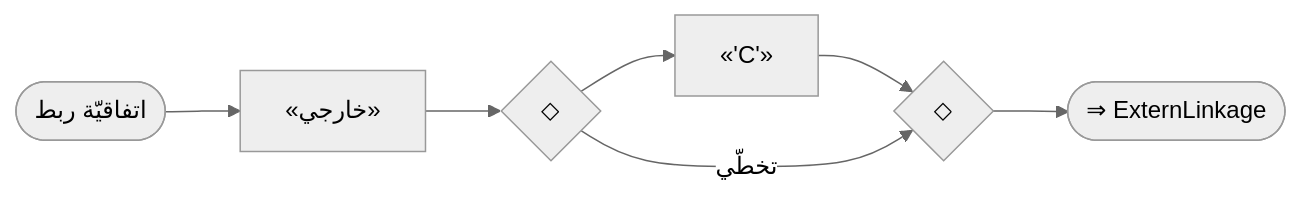
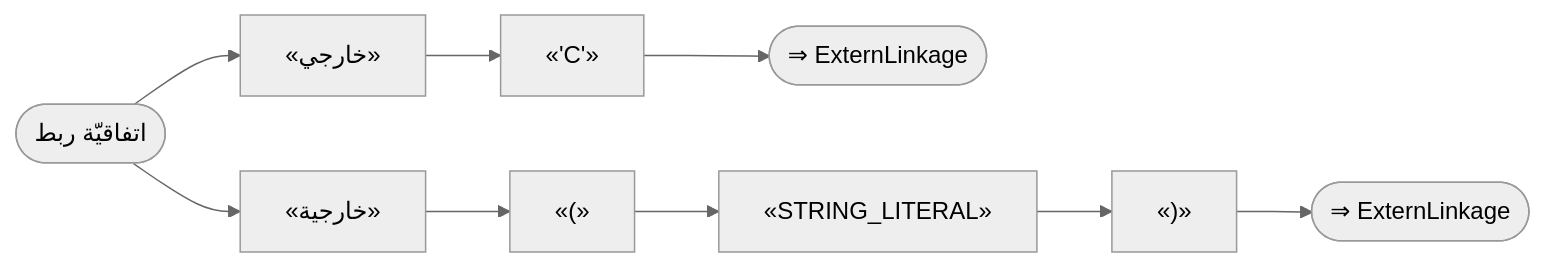
One commit to sadlang/sadlang changed diagram 41 of 55 in docs/parser_rule/_generated/60_advanced.md. Above: the diagram before and after it, drawn with Mermaid (neutral theme). The commit also changed other lines of this file and 49 other files, not shown here.

````diff
--- a/docs/parser_rule/_generated/60_advanced.md
+++ b/docs/parser_rule/_generated/60_advanced.md
@@ -1362,15 +1386,20 @@
 ```mermaid
 flowchart LR
   n1(["اتفاقيّة ربط"])
   n2["«خارجي»"]
-  n3{"◇"}
-  n4{"◇"}
-  n5["«'C'»"]
-  n3 --> n5
-  n5 --> n4
-  n3 -- "تخطّي" --> n4
+  n3["«'C'»"]
   n2 --> n3
   n1 --> n2
-  n6(["⇒ ExternLinkage"])
-  n4 --> n6
+  n4(["⇒ ExternLinkage"])
+  n3 --> n4
+  n5["«خارجية»"]
+  n6["«(»"]
+  n5 --> n6
+  n7["«STRING_LITERAL»"]
+  n6 --> n7
+  n8["«)»"]
+  n7 --> n8
+  n1 --> n5
+  n9(["⇒ ExternLinkage"])
+  n8 --> n9
 ```
````
